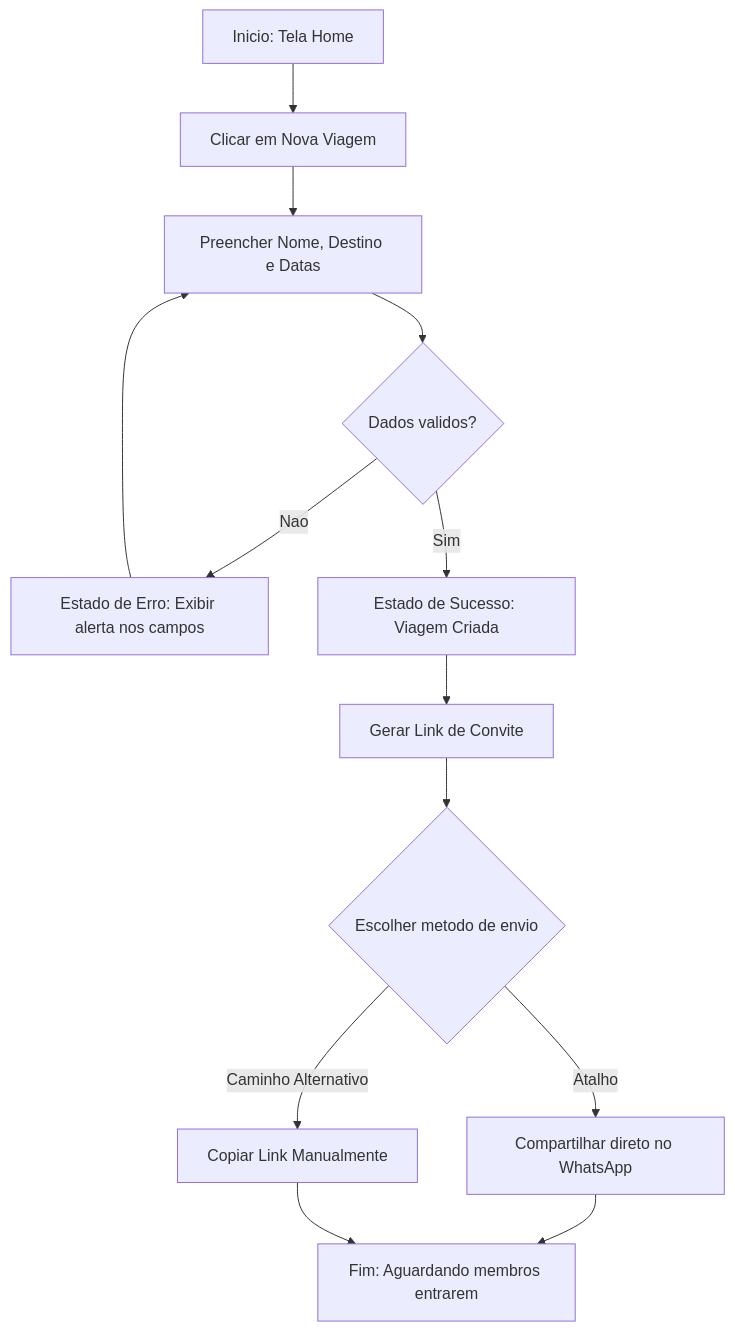
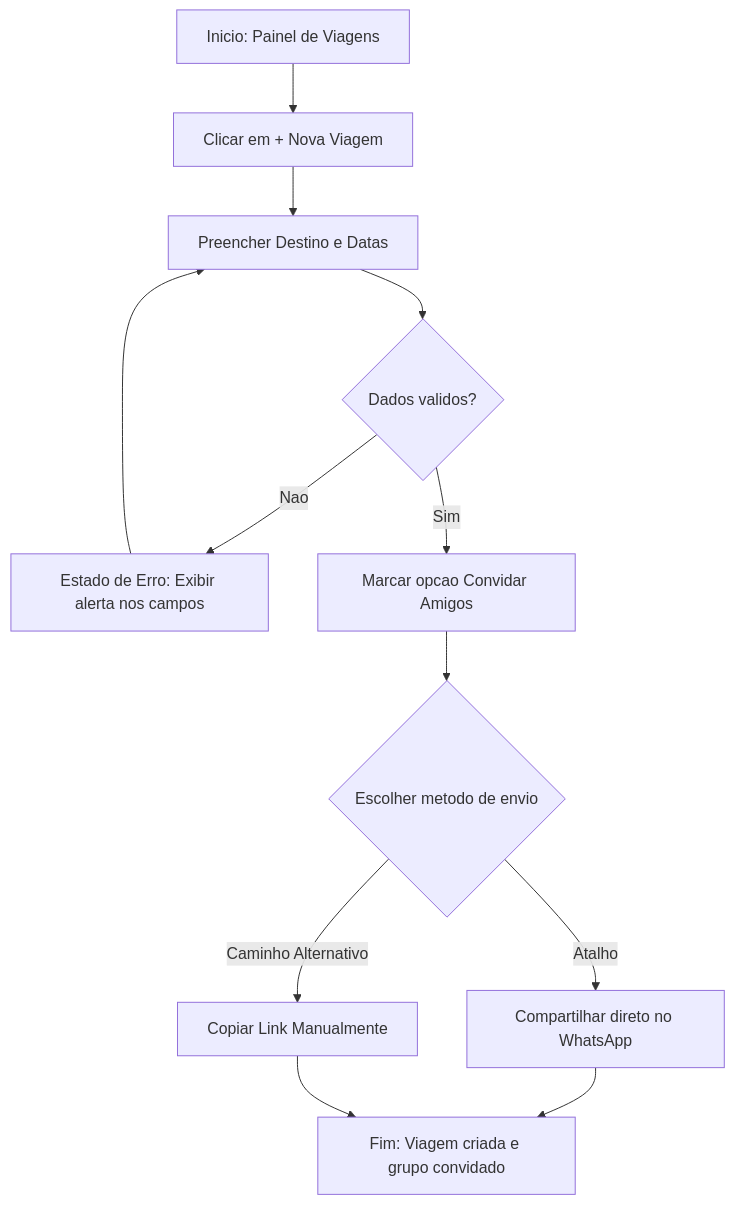
The third of 6 diagrams in docs/8_arquitetura_fluxo.md (luigibernardodeoliveira-dot/EXPERIENCIA_DO_USUARIO_E_FRONT-END), drawn with Mermaid before and after one commit. The commit also changed other lines of this file, not shown here.

````diff
--- a/docs/8_arquitetura_fluxo.md
+++ b/docs/8_arquitetura_fluxo.md
@@ -45,15 +75,14 @@
 ```mermaid
 graph TD
-    A[Inicio: Tela Home] --> B[Clicar em Nova Viagem]
-    B --> C[Preencher Nome, Destino e Datas]
+    A[Inicio: Painel de Viagens] --> B[Clicar em + Nova Viagem]
+    B --> C[Preencher Destino e Datas]
     C --> D{Dados validos?}
     D -- Nao --> E[Estado de Erro: Exibir alerta nos campos]
     E --> C
-    D -- Sim --> F[Estado de Sucesso: Viagem Criada]
-    F --> G[Gerar Link de Convite]
-    G --> H{Escolher metodo de envio}
-    H -- Atalho --> I[Compartilhar direto no WhatsApp]
-    H -- Caminho Alternativo --> J[Copiar Link Manualmente]
-    I --> K[Fim: Aguardando membros entrarem]
-    J --> K
+    D -- Sim --> F[Marcar opcao Convidar Amigos]
+    F --> G{Escolher metodo de envio}
+    G -- Atalho --> H[Compartilhar direto no WhatsApp]
+    G -- Caminho Alternativo --> I[Copiar Link Manualmente]
+    H --> J[Fim: Viagem criada e grupo convidado]
+    I --> J
 ```
````
